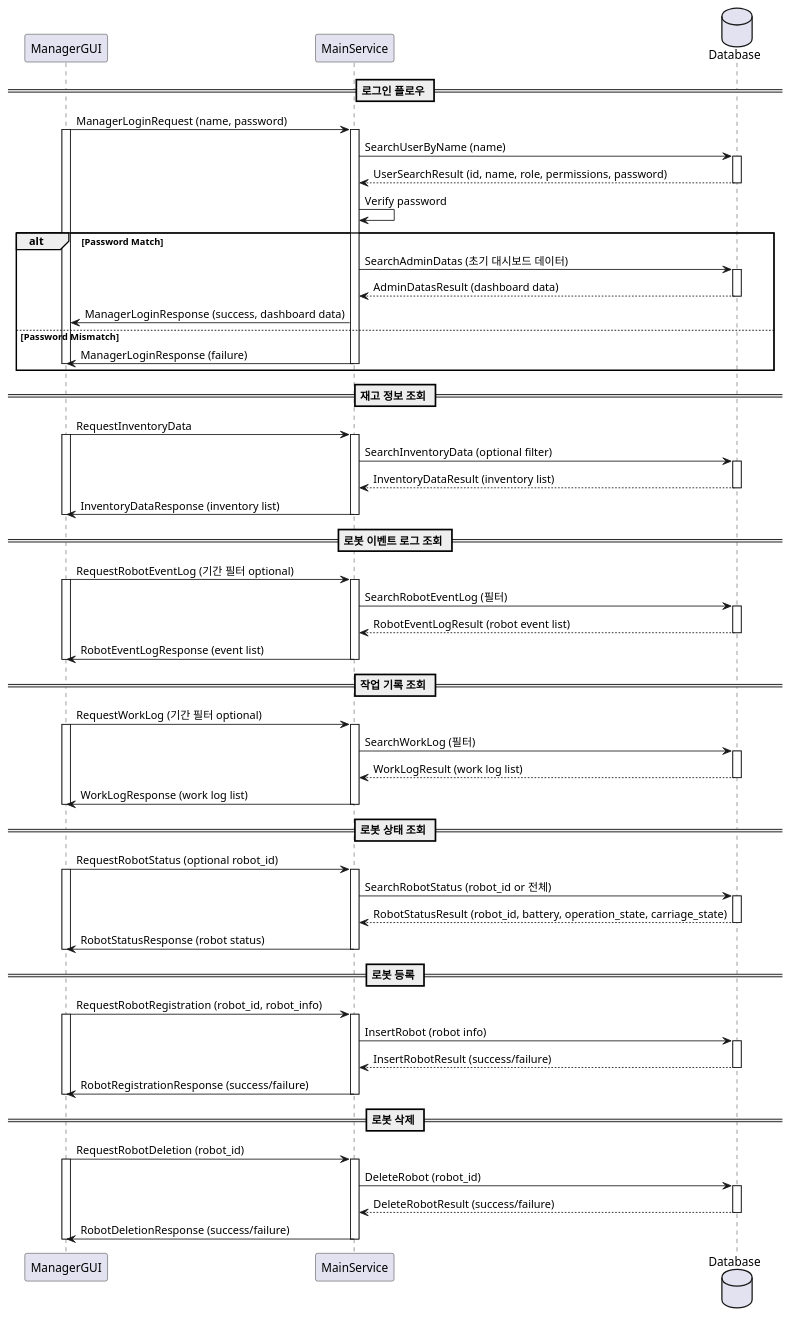
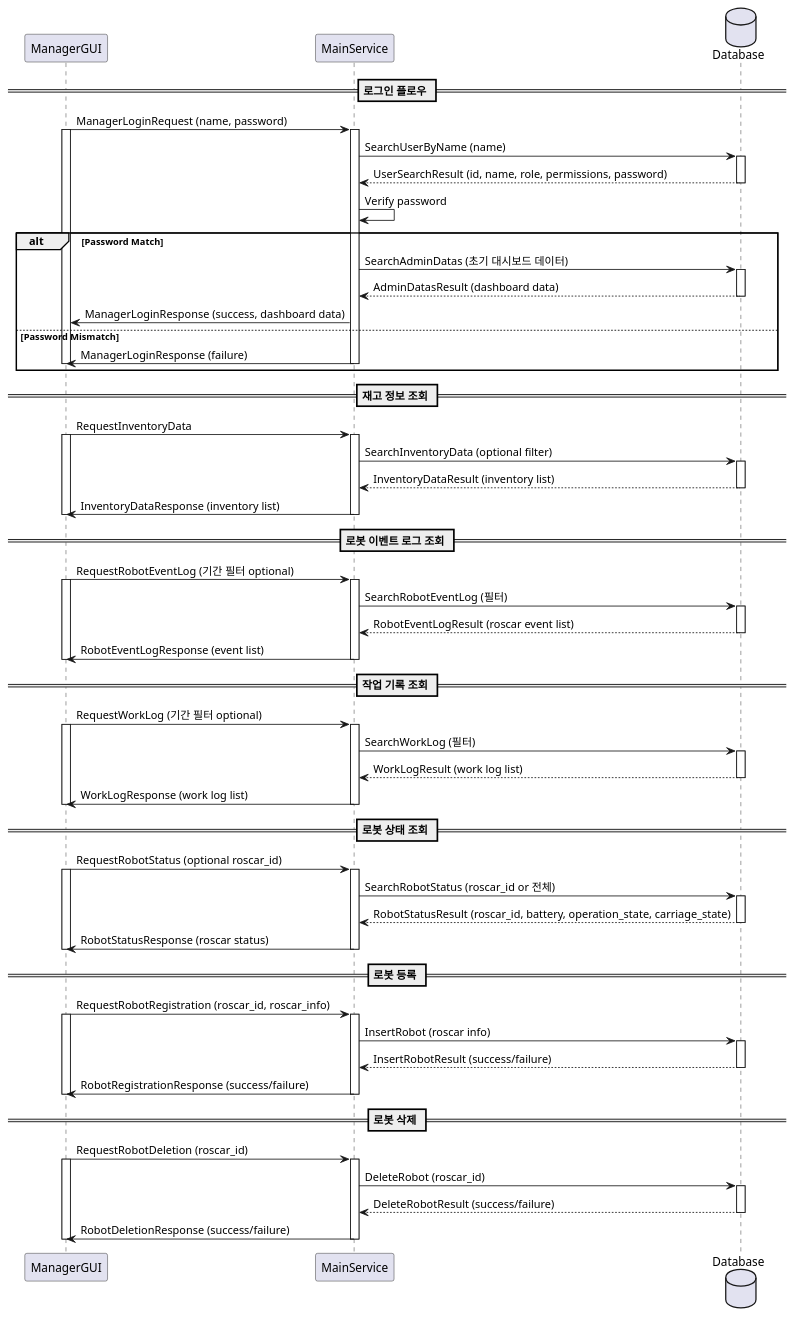
Diagram 15 of 24 in docs/sequence_diagram v1-component.md (addinedu-ros-8th/ros-repo-3), drawn with PlantUML before and after one commit. The commit also changed other lines of this file and 108 other files, not shown here.

Commit message:
Fix build and Rename robot to roscar

```diff
--- a/docs/sequence_diagram v1-component.md
+++ b/docs/sequence_diagram v1-component.md
@@ -658,7 +658,7 @@
 activate MainService
 MainService -> Database: SearchRobotEventLog (필터)
 activate Database
-Database --> MainService: RobotEventLogResult (robot event list)
+Database --> MainService: RobotEventLogResult (roscar event list)
 deactivate Database
 MainService -> ManagerGUI: RobotEventLogResponse (event list)
 deactivate MainService
@@ -679,23 +679,23 @@
 
 == 로봇 상태 조회 ==
 
-ManagerGUI -> MainService: RequestRobotStatus (optional robot_id)
+ManagerGUI -> MainService: RequestRobotStatus (optional roscar_id)
 activate ManagerGUI
 activate MainService
-MainService -> Database: SearchRobotStatus (robot_id or 전체)
+MainService -> Database: SearchRobotStatus (roscar_id or 전체)
 activate Database
-Database --> MainService: RobotStatusResult (robot_id, battery, operation_state, carriage_state)
+Database --> MainService: RobotStatusResult (roscar_id, battery, operation_state, carriage_state)
 deactivate Database
-MainService -> ManagerGUI: RobotStatusResponse (robot status)
+MainService -> ManagerGUI: RobotStatusResponse (roscar status)
 deactivate MainService
 deactivate ManagerGUI
 
 == 로봇 등록 ==
 
-ManagerGUI -> MainService: RequestRobotRegistration (robot_id, robot_info)
+ManagerGUI -> MainService: RequestRobotRegistration (roscar_id, roscar_info)
 activate ManagerGUI
 activate MainService
-MainService -> Database: InsertRobot (robot info)
+MainService -> Database: InsertRobot (roscar info)
 activate Database
 Database --> MainService: InsertRobotResult (success/failure)
 deactivate Database
@@ -705,10 +705,10 @@
 
 == 로봇 삭제 ==
 
-ManagerGUI -> MainService: RequestRobotDeletion (robot_id)
+ManagerGUI -> MainService: RequestRobotDeletion (roscar_id)
 activate ManagerGUI
 activate MainService
-MainService -> Database: DeleteRobot (robot_id)
+MainService -> Database: DeleteRobot (roscar_id)
 activate Database
 Database --> MainService: DeleteRobotResult (success/failure)
 deactivate Database
```
